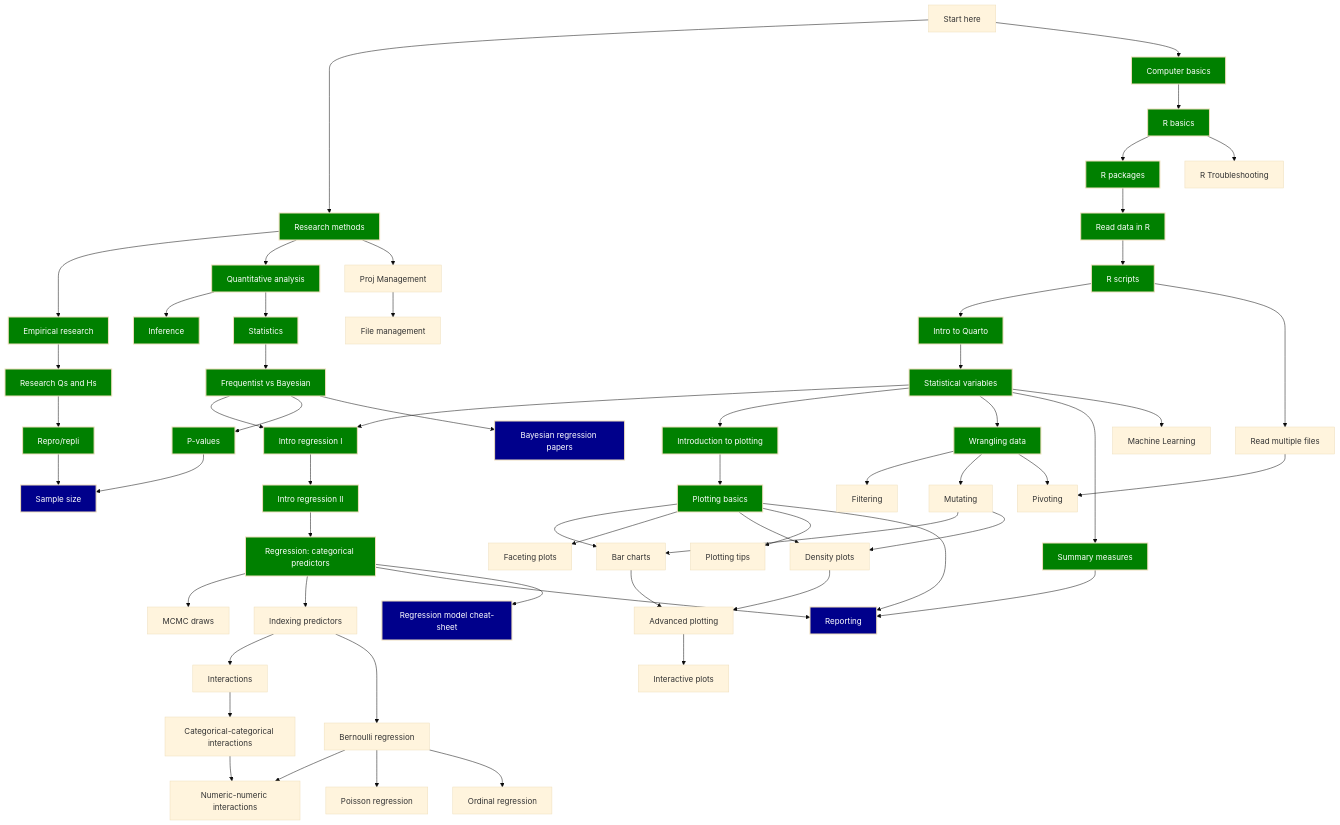
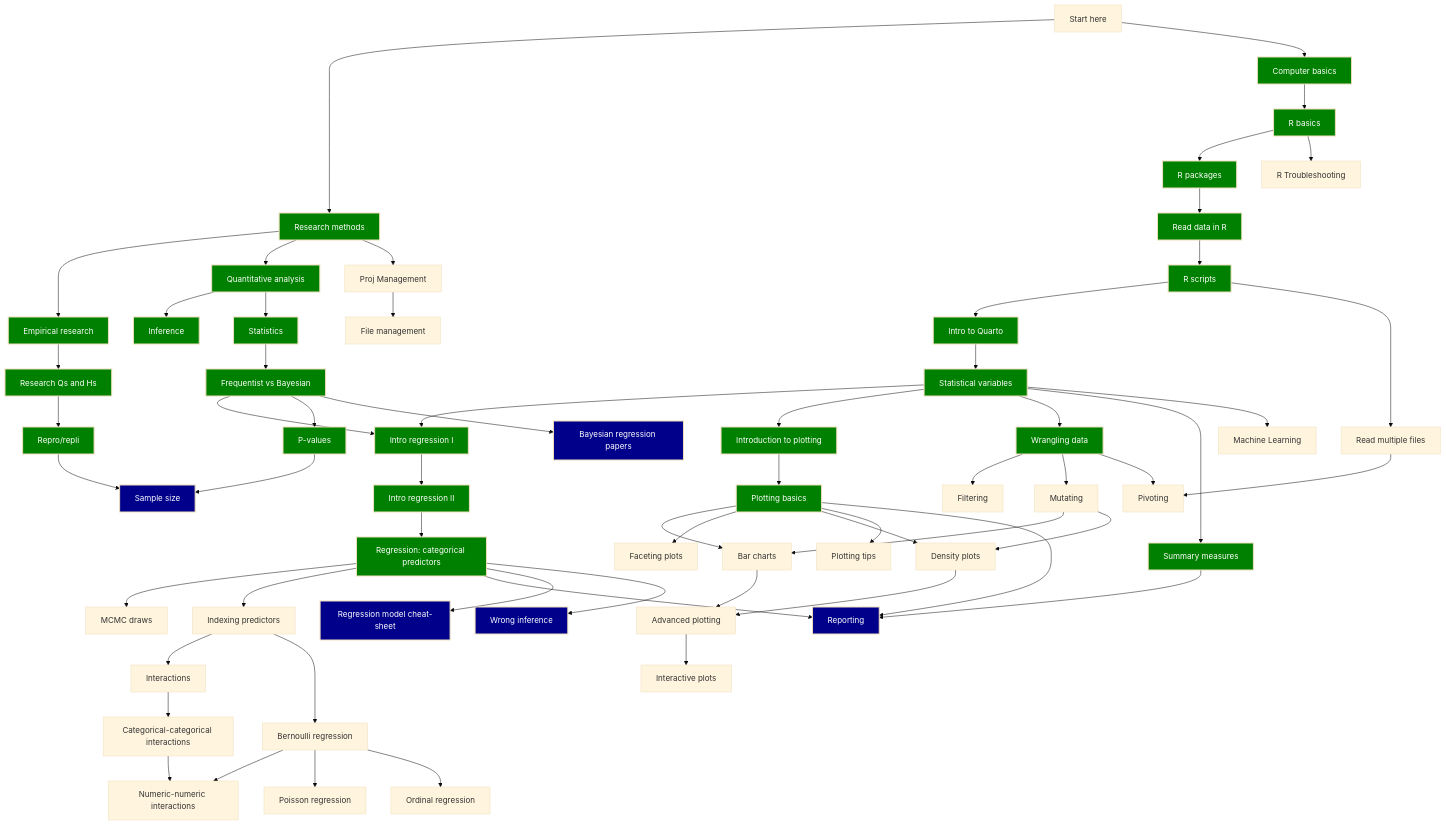
The diagram in map.qmd (uoelel/qml), drawn with Mermaid (base theme) before and after one commit. The commit also changed 26 other files, not shown here.

```diff
--- a/map.qmd
+++ b/map.qmd
@@ -138,6 +138,9 @@
   AY[Sample size]
   click AY href "posts/sample-size.html" "Go to page"
   style AY fill:#00008B,color:#FFF,stroke-width:2px
+  AZ[Wrong inference]
+  click AZ href "posts/regression-freq-bayes.html" "Go to page"
+  style AZ fill:#00008B,color:#FFF,stroke-width:2px
   
   AW[Reporting]
   click AW href "posts/reporting.html" "Go to page"
@@ -183,7 +186,7 @@
   P --> N & AA
   
   %% Regression
-  J --> R --> S --> T & U & AW & AX
+  J --> R --> S --> T & U & AW & AX & AZ
   U --> V & X
   V --> W
   W --> AQ
```
